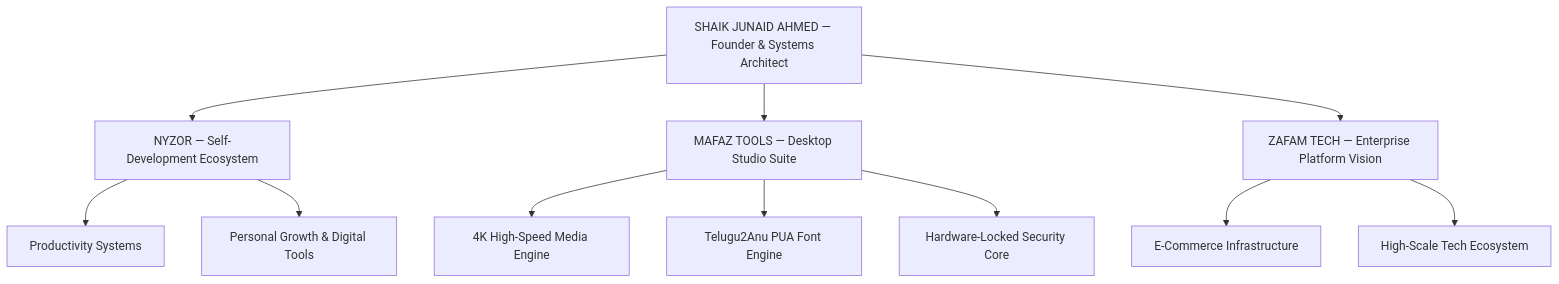
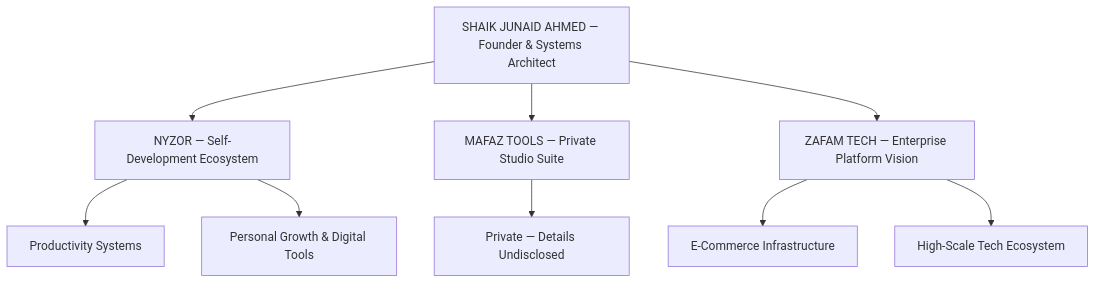
Before and after one commit to shaik-junaid-ahmed/shaik-junaid-ahmed: the diagram in README.md, drawn with Mermaid. The commit also changed other lines of this file, not shown here.

````diff
--- a/README.md
+++ b/README.md
@@ -32,14 +32,12 @@
 ```mermaid
 flowchart TD
     SJA["SHAIK JUNAID AHMED — Founder & Systems Architect"]
     SJA --> NYZOR["NYZOR — Self-Development Ecosystem"]
-    SJA --> MAFAZ["MAFAZ TOOLS — Desktop Studio Suite"]
+    SJA --> MAFAZ["MAFAZ TOOLS — Private Studio Suite"]
     SJA --> ZAFAM["ZAFAM TECH — Enterprise Platform Vision"]
     NYZOR --> N1["Productivity Systems"]
     NYZOR --> N2["Personal Growth & Digital Tools"]
-    MAFAZ --> M1["4K High-Speed Media Engine"]
-    MAFAZ --> M2["Telugu2Anu PUA Font Engine"]
-    MAFAZ --> M3["Hardware-Locked Security Core"]
+    MAFAZ --> M1["Private — Details Undisclosed"]
     ZAFAM --> Z1["E-Commerce Infrastructure"]
     ZAFAM --> Z2["High-Scale Tech Ecosystem"]
 ```
````
